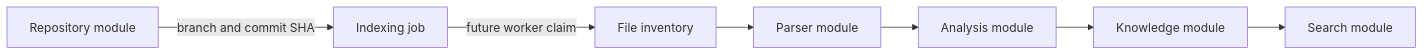
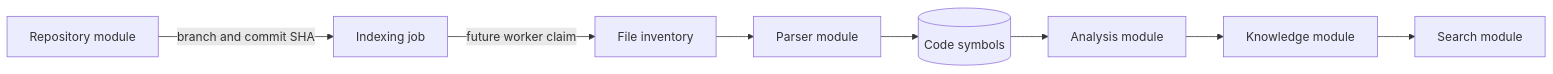
The first of 2 diagrams in docs/02-core-modules/indexing.md (Pradeep1816/codemind-api), drawn with Mermaid before and after one commit. The commit also changed other lines of this file and 32 other files, not shown here.

First line of the commit message:
feat(indexing): parse and persist versioned code symbols

````diff
--- a/docs/02-core-modules/indexing.md
+++ b/docs/02-core-modules/indexing.md
@@ -78,9 +83,10 @@
 ```mermaid
 flowchart LR
     Repo[Repository module] -->|branch and commit SHA| Job[Indexing job]
     Job -->|future worker claim| Scanner[File inventory]
     Scanner --> Parser[Parser module]
-    Parser --> Analysis[Analysis module]
+    Parser --> Symbols[(Code symbols)]
+    Symbols --> Analysis[Analysis module]
     Analysis --> Knowledge[Knowledge module]
     Knowledge --> Search[Search module]
 ```
````
